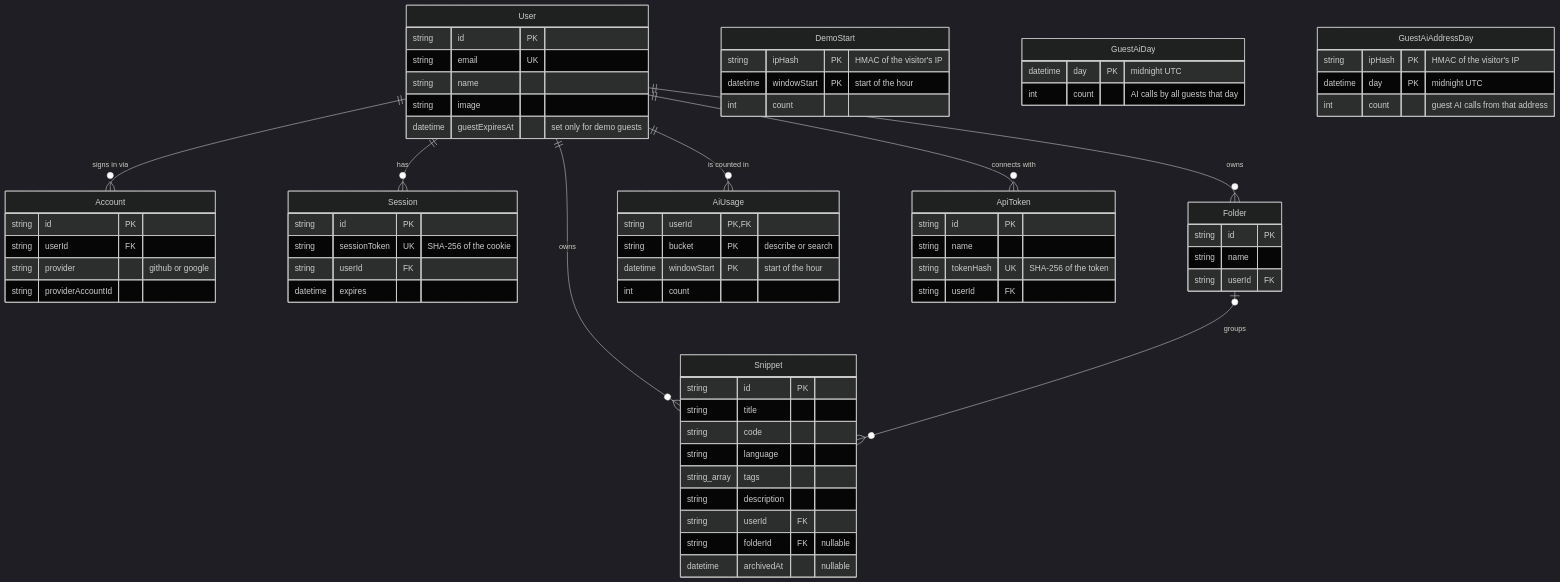
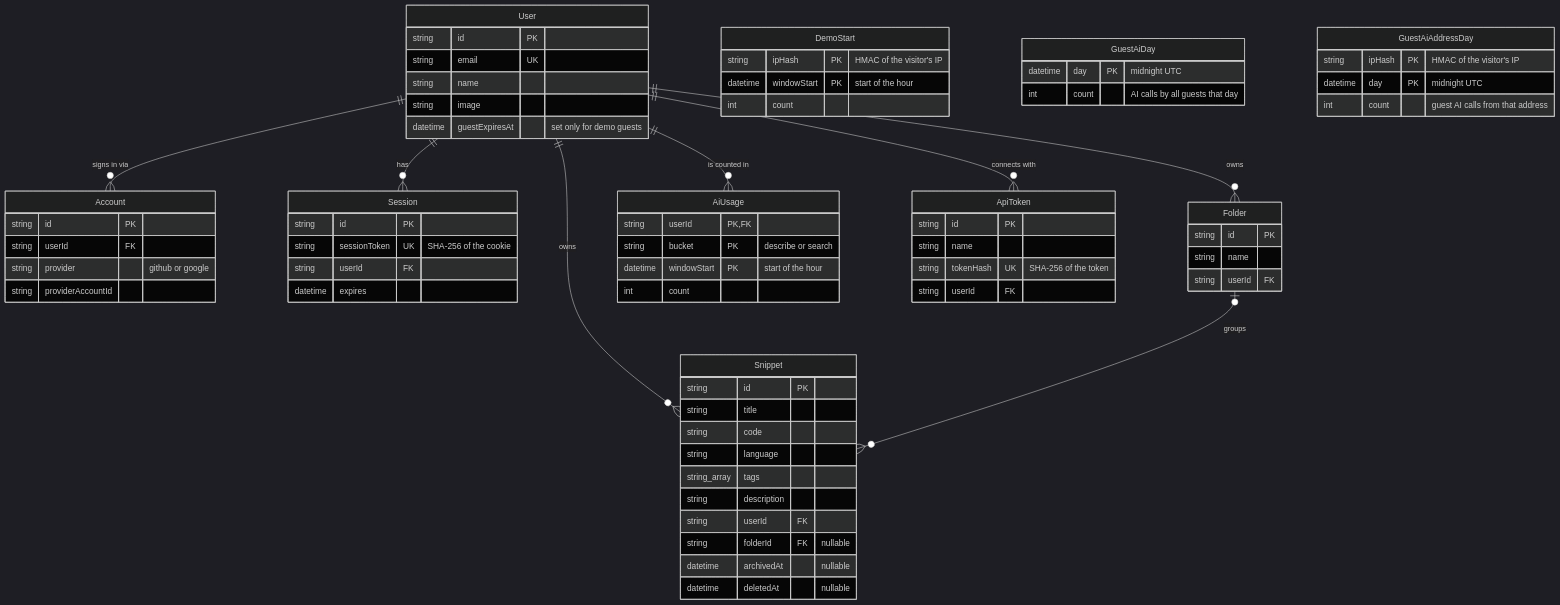
One commit to RyanDanielWalker/snippr changed the third of 4 diagrams in docs/ARCHITECTURE.md. Above: the diagram before and after it, drawn with Mermaid (dark theme). The commit also changed other lines of this file and 2 other files, not shown here.

First line of the commit message:
docs: explain Recently deleted, and tick it on the roadmap

````diff
--- a/docs/ARCHITECTURE.md
+++ b/docs/ARCHITECTURE.md
@@ -127,72 +127,73 @@
 ```mermaid
 erDiagram
     User ||--o{ Account : "signs in via"
     User ||--o{ Session : "has"
     User ||--o{ Snippet : "owns"
     User ||--o{ Folder : "owns"
     User ||--o{ AiUsage : "is counted in"
     User ||--o{ ApiToken : "connects with"
     Folder |o--o{ Snippet : "groups"
 
     User {
         string id PK
         string email UK
         string name
         string image
         datetime guestExpiresAt "set only for demo guests"
     }
     DemoStart {
         string ipHash PK "HMAC of the visitor's IP"
         datetime windowStart PK "start of the hour"
         int count
     }
     GuestAiDay {
         datetime day PK "midnight UTC"
         int count "AI calls by all guests that day"
     }
     GuestAiAddressDay {
         string ipHash PK "HMAC of the visitor's IP"
         datetime day PK "midnight UTC"
         int count "guest AI calls from that address"
     }
     Account {
         string id PK
         string userId FK
         string provider "github or google"
         string providerAccountId
     }
     Session {
         string id PK
         string sessionToken UK "SHA-256 of the cookie"
         string userId FK
         datetime expires
     }
     Folder {
         string id PK
         string name
         string userId FK
     }
     ApiToken {
         string id PK
         string name
         string tokenHash UK "SHA-256 of the token"
         string userId FK
     }
     AiUsage {
         string userId PK, FK
         string bucket PK "describe or search"
         datetime windowStart PK "start of the hour"
         int count
     }
     Snippet {
         string id PK
         string title
         string code
         string language
         string_array tags
         string description
         string userId FK
         string folderId FK "nullable"
         datetime archivedAt "nullable"
+        datetime deletedAt "nullable"
     }
 ```
````
